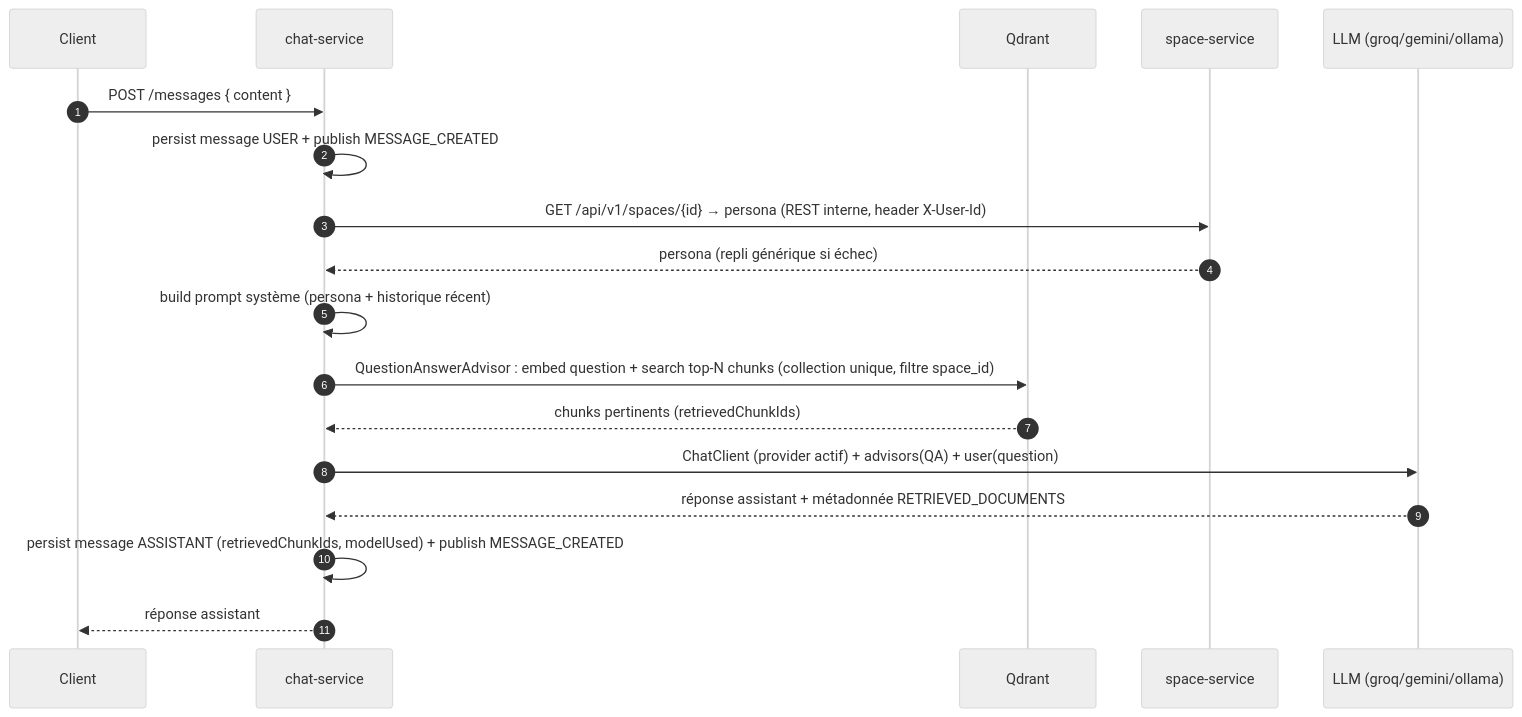
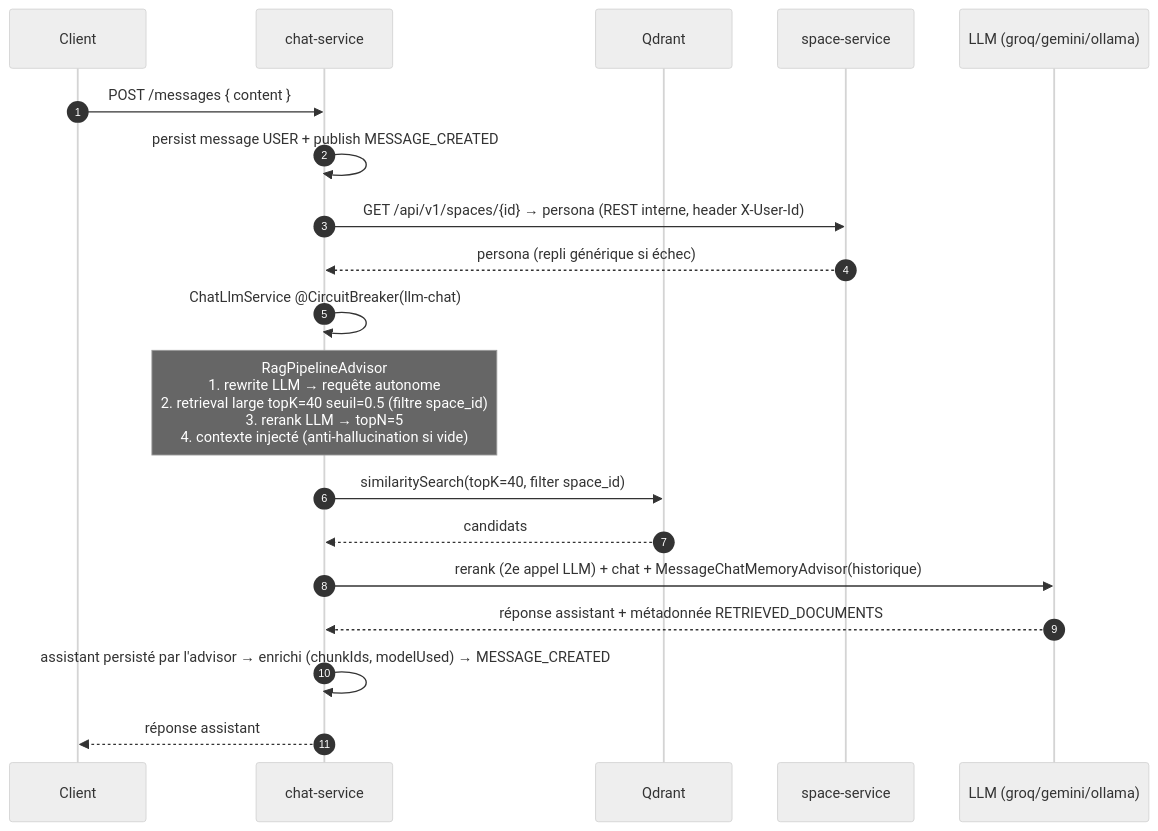
Before and after one commit to MixMaster2005/TsimokaAI: the diagram in chat-service/README.md, drawn with Mermaid (neutral theme). The commit also changed other lines of this file and 34 other files, not shown here.

First line of the commit message:
feat(ai-common): introduce shared AI library for LLM provider management

````diff
--- a/chat-service/README.md
+++ b/chat-service/README.md
@@ -66,20 +83,21 @@
 ```mermaid
 sequenceDiagram
     autonumber
     participant C as Client
     participant U as chat-service
     participant V as Qdrant
     participant S as space-service
     participant L as LLM (groq/gemini/ollama)
     C->>U: POST /messages { content }
     U->>U: persist message USER + publish MESSAGE_CREATED
     U->>S: GET /api/v1/spaces/{id} → persona (REST interne, header X-User-Id)
     S-->>U: persona (repli générique si échec)
-    U->>U: build prompt système (persona + historique récent)
-    U->>V: QuestionAnswerAdvisor : embed question + search top-N chunks (collection unique, filtre space_id)
-    V-->>U: chunks pertinents (retrievedChunkIds)
-    U->>L: ChatClient (provider actif) + advisors(QA) + user(question)
+    U->>U: ChatLlmService @CircuitBreaker(llm-chat)
+    Note over U: RagPipelineAdvisor<br/>1. rewrite LLM → requête autonome<br/>2. retrieval large topK=40 seuil=0.5 (filtre space_id)<br/>3. rerank LLM → topN=5<br/>4. contexte injecté (anti-hallucination si vide)
+    U->>V: similaritySearch(topK=40, filter space_id)
+    V-->>U: candidats
+    U->>L: rerank (2e appel LLM) + chat + MessageChatMemoryAdvisor(historique)
     L-->>U: réponse assistant + métadonnée RETRIEVED_DOCUMENTS
-    U->>U: persist message ASSISTANT (retrievedChunkIds, modelUsed) + publish MESSAGE_CREATED
+    U->>U: assistant persisté par l'advisor → enrichi (chunkIds, modelUsed) → MESSAGE_CREATED
     U-->>C: réponse assistant
 ```
````
